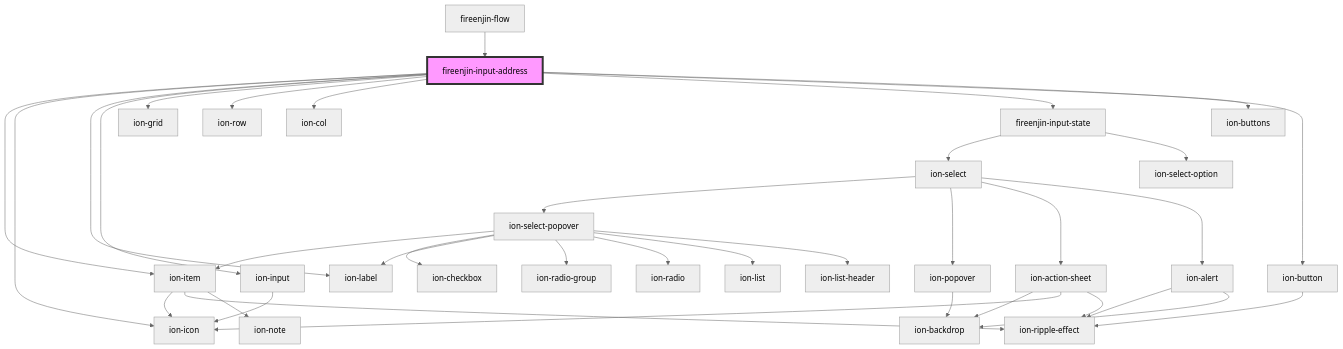
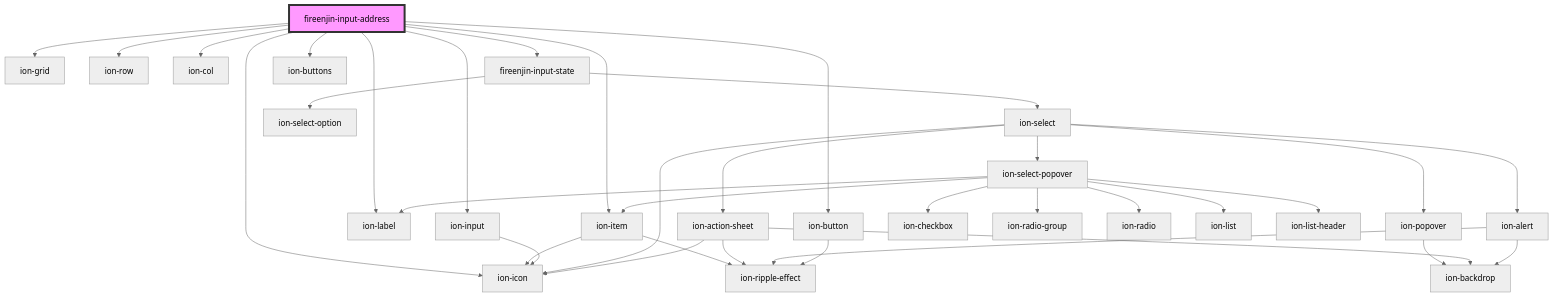
Before and after one commit to FireEnjin/Components: the diagram in src/components/input-address/readme.md, drawn with Mermaid (neutral theme). The commit also changed other lines of this file and 73 other files, not shown here.

Commit message:
perf(): Update Ionic to v8 and Stenicl to 4 and remove flow component

````diff
--- a/src/components/input-address/readme.md
+++ b/src/components/input-address/readme.md
@@ -53,39 +49,38 @@
 ```mermaid
 graph TD;
   fireenjin-input-address --> ion-item
   fireenjin-input-address --> ion-icon
   fireenjin-input-address --> ion-label
   fireenjin-input-address --> ion-input
   fireenjin-input-address --> ion-grid
   fireenjin-input-address --> ion-row
   fireenjin-input-address --> ion-col
   fireenjin-input-address --> fireenjin-input-state
   fireenjin-input-address --> ion-buttons
   fireenjin-input-address --> ion-button
   ion-item --> ion-icon
   ion-item --> ion-ripple-effect
-  ion-item --> ion-note
   ion-input --> ion-icon
   fireenjin-input-state --> ion-select
   fireenjin-input-state --> ion-select-option
   ion-select --> ion-select-popover
   ion-select --> ion-popover
   ion-select --> ion-action-sheet
   ion-select --> ion-alert
+  ion-select --> ion-icon
   ion-select-popover --> ion-item
   ion-select-popover --> ion-checkbox
-  ion-select-popover --> ion-label
   ion-select-popover --> ion-radio-group
   ion-select-popover --> ion-radio
   ion-select-popover --> ion-list
   ion-select-popover --> ion-list-header
+  ion-select-popover --> ion-label
   ion-popover --> ion-backdrop
   ion-action-sheet --> ion-backdrop
   ion-action-sheet --> ion-icon
   ion-action-sheet --> ion-ripple-effect
   ion-alert --> ion-ripple-effect
   ion-alert --> ion-backdrop
   ion-button --> ion-ripple-effect
-  fireenjin-flow --> fireenjin-input-address
   style fireenjin-input-address fill:#f9f,stroke:#333,stroke-width:4px
 ```
````
